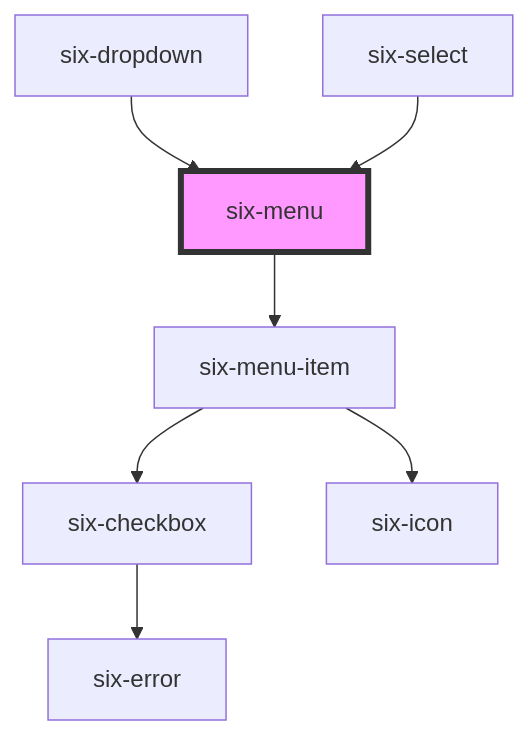
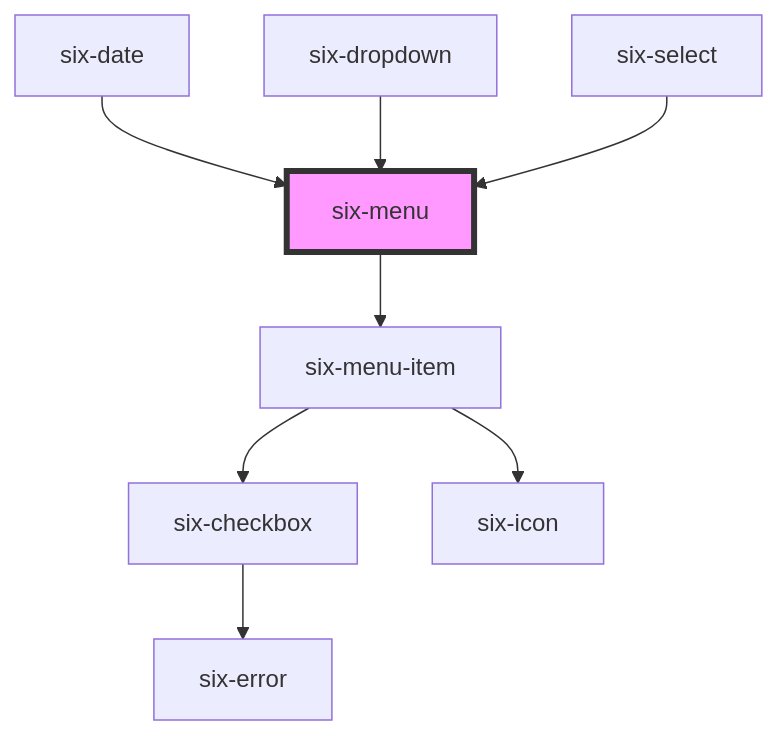
The diagram in docs/components/six-menu.md (six-group/six-webcomponents), drawn with Mermaid before and after one commit. The commit also changed other lines of this file and 39 other files, not shown here.

````diff
--- a/docs/components/six-menu.md
+++ b/docs/components/six-menu.md
@@ -188,10 +189,11 @@
 ```mermaid
 graph TD;
   six-menu --> six-menu-item
   six-menu-item --> six-checkbox
   six-menu-item --> six-icon
   six-checkbox --> six-error
+  six-date --> six-menu
   six-dropdown --> six-menu
   six-select --> six-menu
   style six-menu fill:#f9f,stroke:#333,stroke-width:4px
 ```
````
